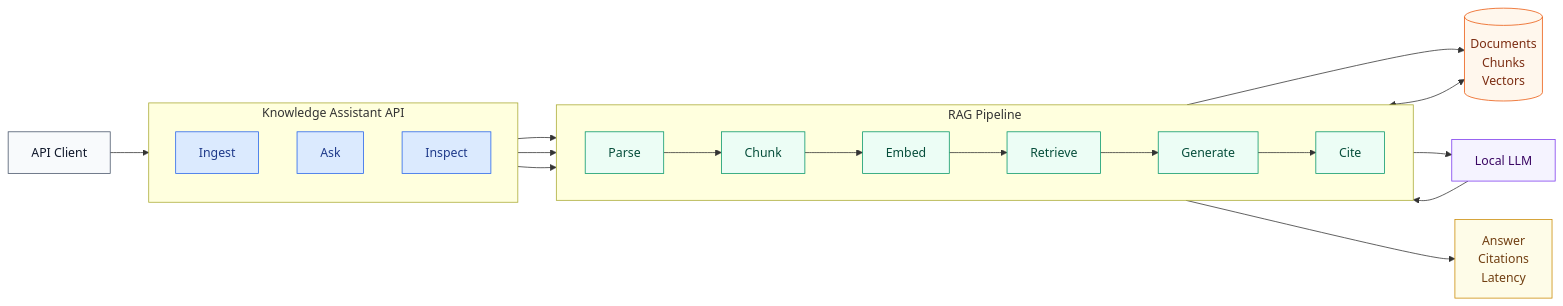
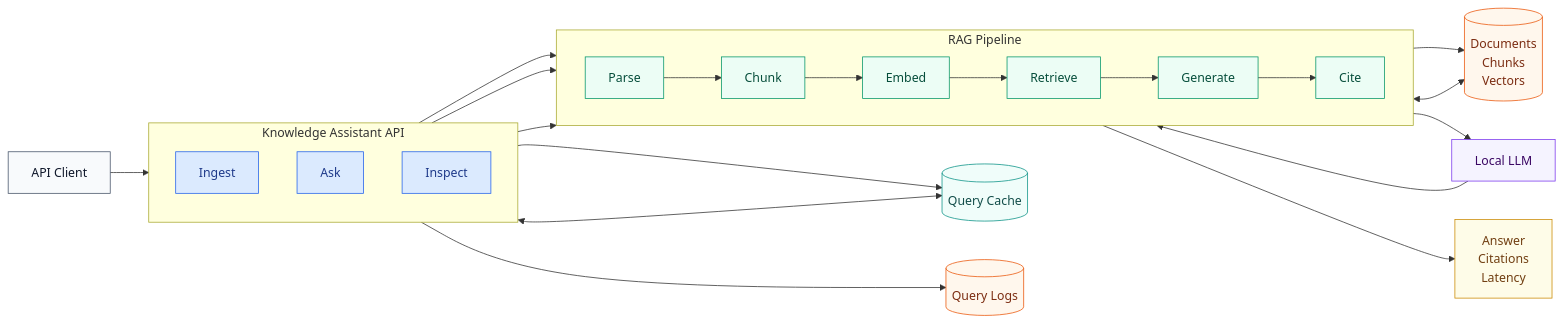
Before and after one commit to gaganm1124/knowledge-assistant: the first of 3 diagrams in README.md, drawn with Mermaid. The commit also changed other lines of this file and 15 other files, not shown here.

Commit message:
Add query caching and telemetry services; update README and API to reflect cache integration.

````diff
--- a/README.md
+++ b/README.md
@@ -24,41 +26,47 @@
 ```mermaid
 flowchart LR
     Client["API Client"]:::client
 
     subgraph App["Knowledge Assistant API"]
         direction TB
         Ingest["Ingest"]:::api
         Ask["Ask"]:::api
         Inspect["Inspect"]:::api
     end
 
     subgraph Pipeline["RAG Pipeline"]
         direction LR
         Parse["Parse"]:::stage
         Chunk["Chunk"]:::stage
         Embed["Embed"]:::stage
         Retrieve["Retrieve"]:::stage
         Generate["Generate"]:::stage
         Cite["Cite"]:::stage
     end
 
     Store[("Documents<br/>Chunks<br/>Vectors")]:::db
+    Cache[("Query Cache")]:::cache
+    Metrics[("Query Logs")]:::db
     LLM["Local LLM"]:::llm
     Answer["Answer<br/>Citations<br/>Latency"]:::response
 
     Client --> App
     Ingest --> Parse --> Chunk --> Embed --> Store
+    Ingest --> Cache
     Ask --> Embed
+    Ask <--> Cache
     Embed --> Retrieve
     Retrieve <--> Store
     Retrieve --> Generate --> LLM
     LLM --> Generate --> Cite --> Answer
+    Ask --> Metrics
     Inspect --> Retrieve
 
     classDef client fill:#f8fafc,stroke:#475569,stroke-width:1px,color:#0f172a;
     classDef api fill:#dbeafe,stroke:#2563eb,stroke-width:1px,color:#1e3a8a;
     classDef stage fill:#ecfdf5,stroke:#059669,stroke-width:1px,color:#064e3b;
     classDef db fill:#fff7ed,stroke:#ea580c,stroke-width:1px,color:#7c2d12;
+    classDef cache fill:#f0fdfa,stroke:#0d9488,stroke-width:1px,color:#134e4a;
     classDef llm fill:#f5f3ff,stroke:#7c3aed,stroke-width:1px,color:#3b0764;
     classDef response fill:#fefce8,stroke:#ca8a04,stroke-width:1px,color:#713f12;
 ```
````
